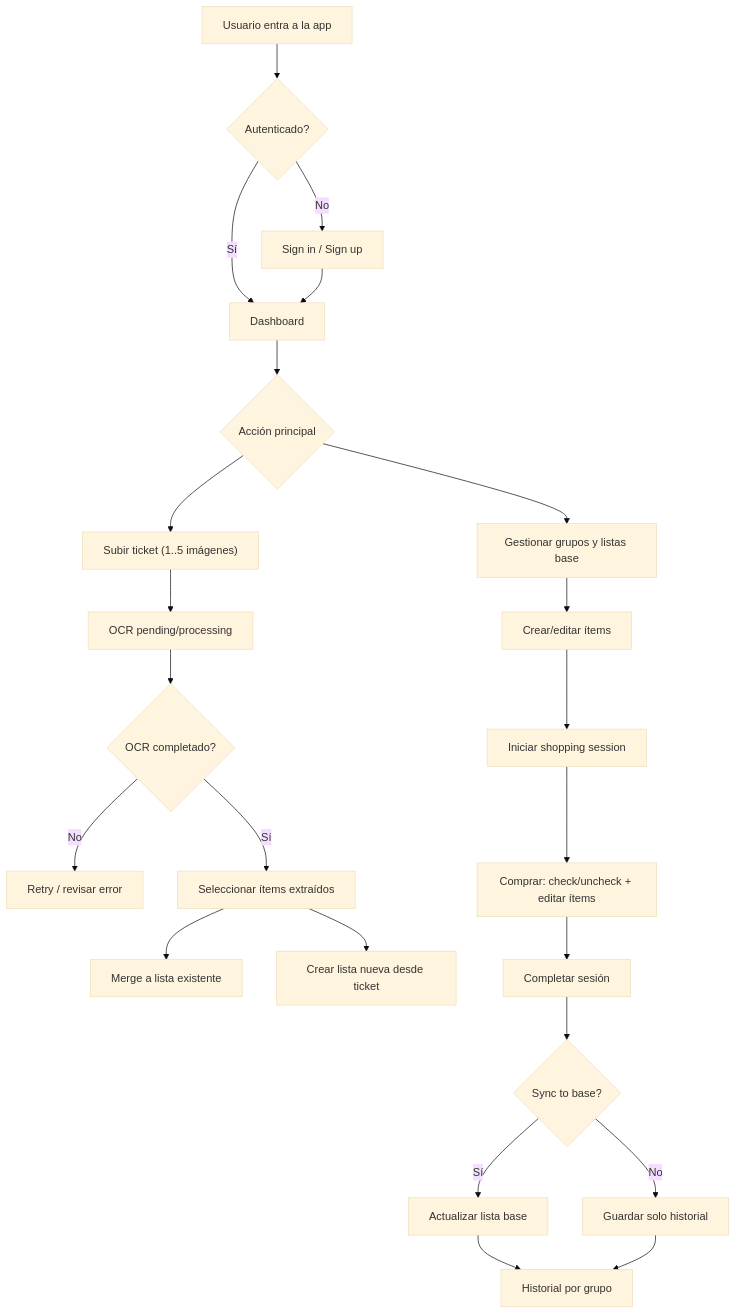
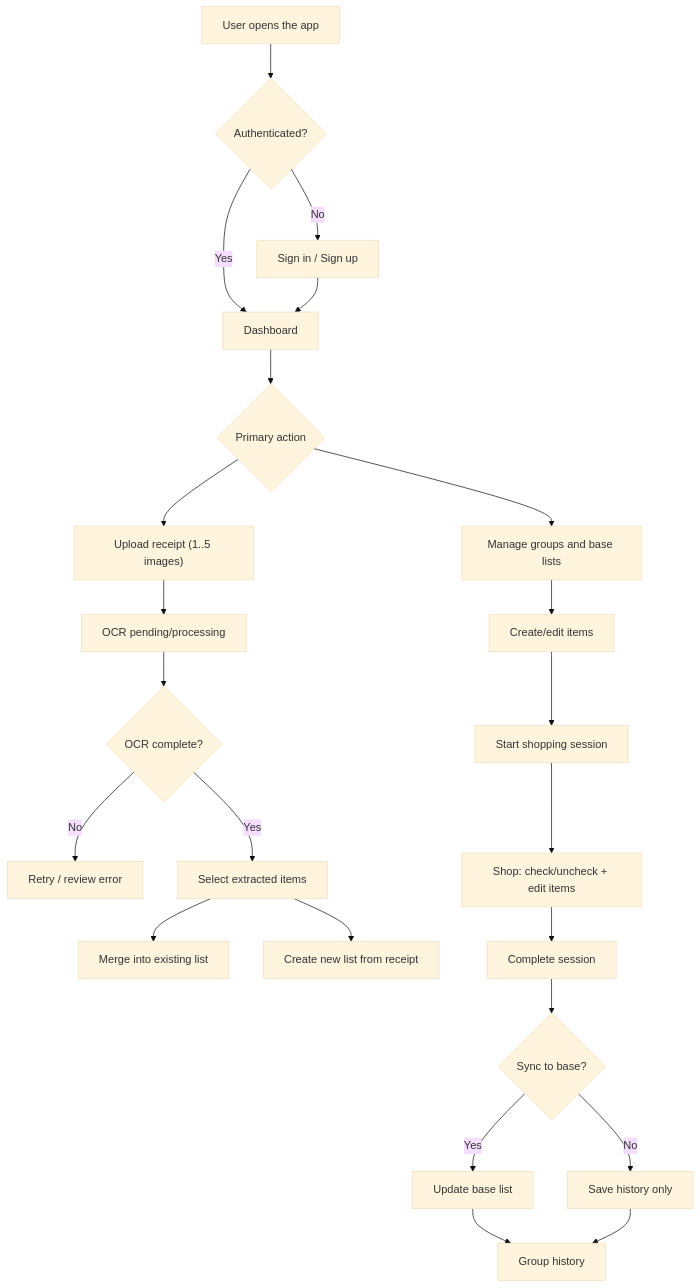
Before and after one commit to ljaviertovar/listys-web-app: the second of 3 diagrams in docs/prd/PRD-v1.md, drawn with Mermaid (base theme). The commit also changed other lines of this file and 292 other files, not shown here.

````diff
--- a/docs/prd/PRD-v1.md
+++ b/docs/prd/PRD-v1.md
@@ -185,29 +185,29 @@
 ```mermaid
 flowchart TD
-		A["Usuario entra a la app"] --> B{"Autenticado?"}
+		 A["User opens the app"] --> B{"Authenticated?"}
 		B -->|No| C["Sign in / Sign up"]
-		B -->|Sí| D["Dashboard"]
+		 B -->|Yes| D["Dashboard"]
 		C --> D
 
-		D --> E{"Acción principal"}
+		 D --> E{"Primary action"}
 
-		E --> F["Gestionar grupos y listas base"]
-		F --> G["Crear/editar ítems"]
-		G --> H["Iniciar shopping session"]
+		 E --> F["Manage groups and base lists"]
+		 F --> G["Create/edit items"]
+		 G --> H["Start shopping session"]
 
-		E --> I["Subir ticket (1..5 imágenes)"]
+		 E --> I["Upload receipt (1..5 images)"]
 		I --> J["OCR pending/processing"]
-		J --> K{"OCR completado?"}
-		K -->|No| L["Retry / revisar error"]
-		K -->|Sí| M["Seleccionar ítems extraídos"]
-		M --> N["Merge a lista existente"]
-		M --> O["Crear lista nueva desde ticket"]
+		 J --> K{"OCR complete?"}
+		 K -->|No| L["Retry / review error"]
+		 K -->|Yes| M["Select extracted items"]
+		 M --> N["Merge into existing list"]
+		 M --> O["Create new list from receipt"]
 
-		H --> P["Comprar: check/uncheck + editar ítems"]
-		P --> Q["Completar sesión"]
+		 H --> P["Shop: check/uncheck + edit items"]
+		 P --> Q["Complete session"]
 		Q --> R{"Sync to base?"}
-		R -->|Sí| S["Actualizar lista base"]
-		R -->|No| T["Guardar solo historial"]
-		S --> U["Historial por grupo"]
+		 R -->|Yes| S["Update base list"]
+		 R -->|No| T["Save history only"]
+		 S --> U["Group history"]
 		T --> U
 ```
````
